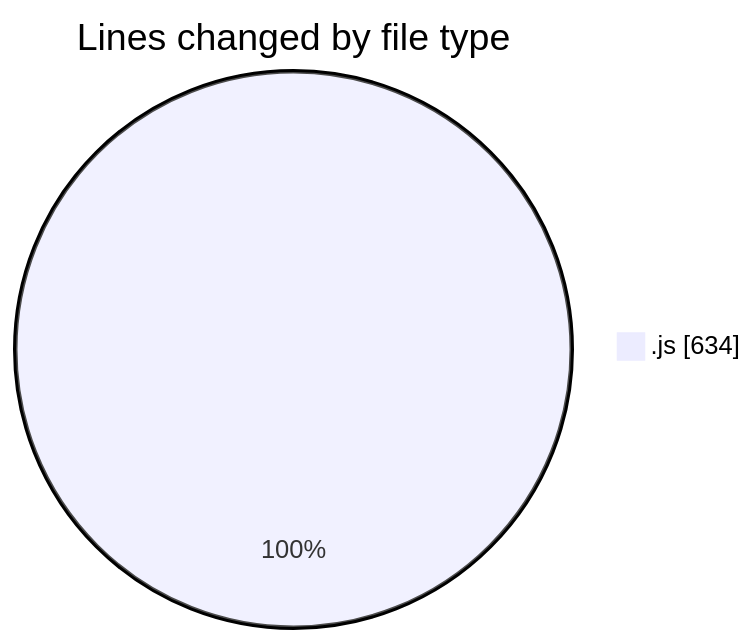
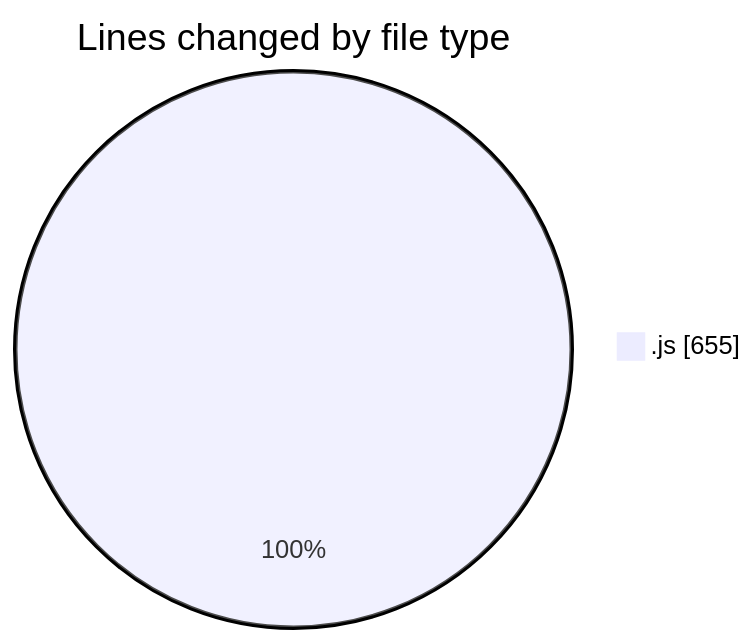
One commit to 3Nya3/code-tracking changed the first of 2 diagrams in 2025-01-01/downloads/README.md. Above: the diagram before and after it, drawn with Mermaid. The commit also changed other lines of this file and 1 other file, not shown here.

````diff
--- a/2025-01-01/downloads/README.md
+++ b/2025-01-01/downloads/README.md
@@ -20,5 +20,5 @@
 ```mermaid
 pie showData
 title Lines changed by file type
-".js" : 634
+".js" : 655
 ```
````
